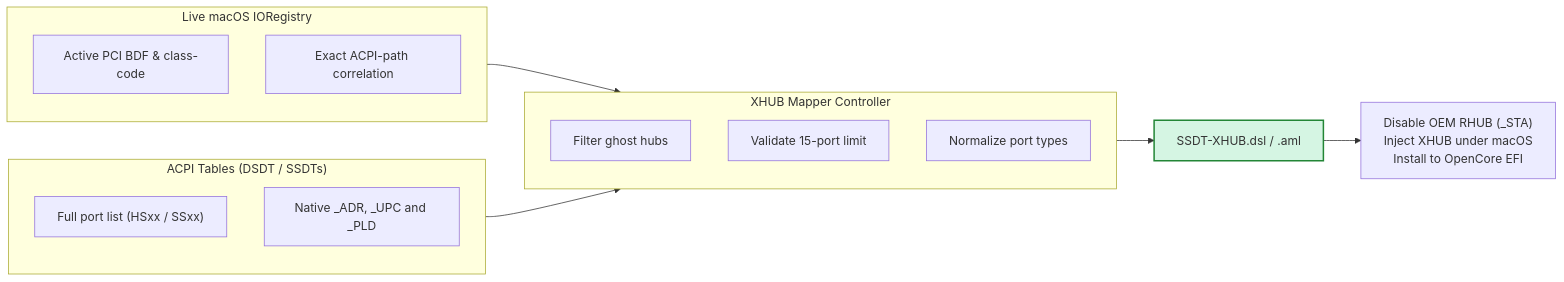
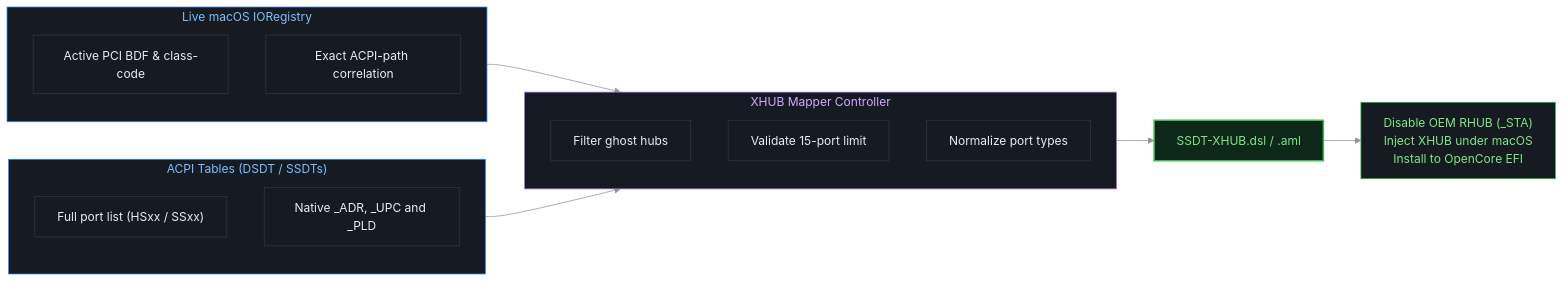
Before and after one commit to 5T33Z0/XHUB-Mapper: the diagram in README.md, drawn with Mermaid.

Commit message:
Enhance mermaid diagram styles in README
Updated the mermaid diagram styles for better visibility.

````diff
--- a/README.md
+++ b/README.md
@@ -30,29 +30,48 @@
 ```mermaid
+%%{init: {'theme': 'base', 'themeVariables': {
+    'darkMode': true,
+    'background': '#0d1117',
+    'primaryColor': '#161b22',
+    'primaryTextColor': '#e6edf3',
+    'primaryBorderColor': '#30363d',
+    'lineColor': '#8b949e',
+    'secondaryColor': '#161b22',
+    'tertiaryColor': '#21262d',
+    'clusterBkg': '#161b22',
+    'clusterBorder': '#30363d',
+    'titleColor': '#e6edf3',
+    'edgeLabelBackground': '#0d1117',
+    'fontFamily': 'Arial'
+}}}%%
 flowchart LR
     subgraph INPUT1["Live macOS IORegistry"]
         direction TB
         A1["Active PCI BDF & class-code"]
         A2["Exact ACPI-path correlation"]
     end
 
     subgraph INPUT2["ACPI Tables (DSDT / SSDTs)"]
         direction TB
         B1["Full port list (HSxx / SSxx)"]
         B2["Native _ADR, _UPC and _PLD"]
     end
 
     subgraph PROCESS["XHUB Mapper Controller"]
         direction TB
         C1["Filter ghost hubs"]
         C2["Validate 15-port limit"]
         C3["Normalize port types"]
     end
 
     INPUT1 --> PROCESS
     INPUT2 --> PROCESS
     PROCESS --> RESULT["SSDT-XHUB.dsl / .aml"]
 
     RESULT --> OUT["Disable OEM RHUB (_STA)<br/>Inject XHUB under macOS<br/>Install to OpenCore EFI"]
 
-    style RESULT fill:#d5f5e3,stroke:#238636,stroke-width:2px
+    style INPUT1 fill:#161b22,stroke:#388bfd,color:#79c0ff
+    style INPUT2 fill:#161b22,stroke:#388bfd,color:#79c0ff
+    style PROCESS fill:#161b22,stroke:#a371f7,color:#d2a8ff
+    style RESULT fill:#0d2818,stroke:#3fb950,color:#7ee787,stroke-width:2px
+    style OUT fill:#161b22,stroke:#3fb950,color:#7ee787
 ```
````
